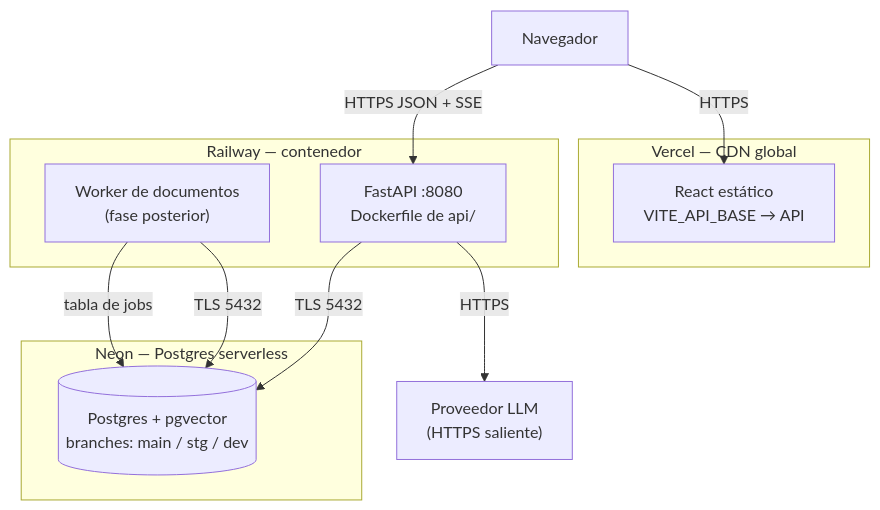
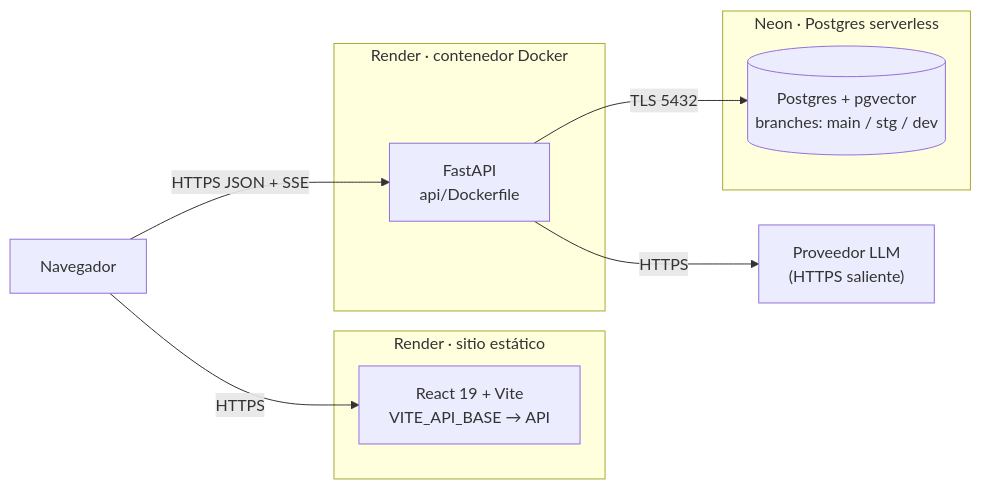
Before and after one commit to alucard9295-cell/Proyecto-SOMA: the second of 3 diagrams in docs/SOMA-INFRA-AND-COSTS.md, drawn with Mermaid. The commit also changed other lines of this file and 6 other files, not shown here.

````diff
--- a/docs/SOMA-INFRA-AND-COSTS.md
+++ b/docs/SOMA-INFRA-AND-COSTS.md
@@ -50,22 +53,19 @@
 ```mermaid
-flowchart TB
+flowchart LR
   user["Navegador"]
-  subgraph vercel["Vercel — CDN global"]
-    web["React estático<br/>VITE_API_BASE → API"]
+  subgraph rweb["Render · sitio estático"]
+    web["React 19 + Vite<br/>VITE_API_BASE → API"]
   end
-  subgraph railway["Railway — contenedor"]
-    api["FastAPI :8080<br/>Dockerfile de api/"]
-    worker["Worker de documentos<br/>(fase posterior)"]
+  subgraph rapi["Render · contenedor Docker"]
+    api["FastAPI<br/>api/Dockerfile"]
   end
-  subgraph neon["Neon — Postgres serverless"]
+  subgraph neon["Neon · Postgres serverless"]
     pg[("Postgres + pgvector<br/>branches: main / stg / dev")]
   end
   llm["Proveedor LLM<br/>(HTTPS saliente)"]
 
   user -->|"HTTPS"| web
   user -->|"HTTPS JSON + SSE"| api
   api -->|"TLS 5432"| pg
-  worker -->|"TLS 5432"| pg
   api -->|"HTTPS"| llm
-  worker -->|"tabla de jobs"| pg
 ```
````
